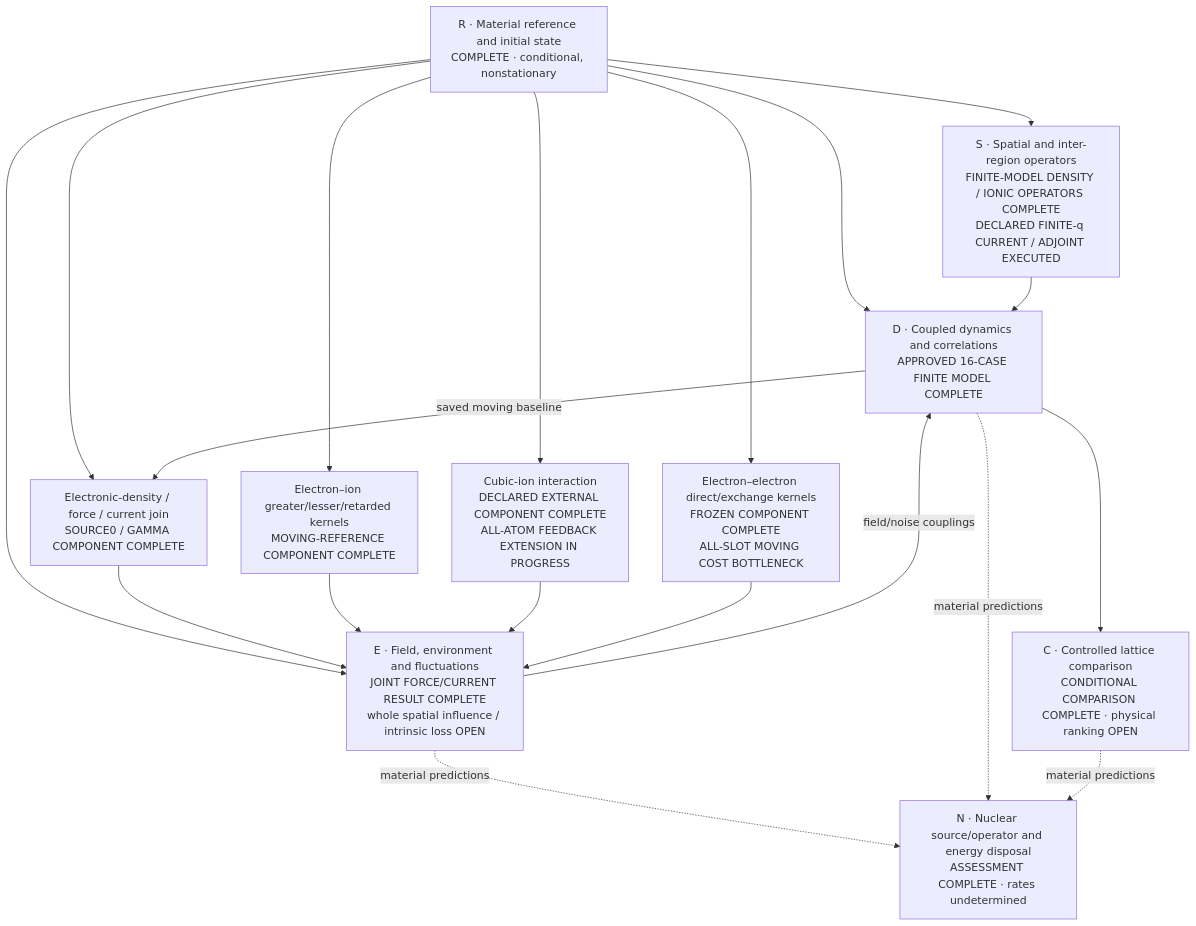
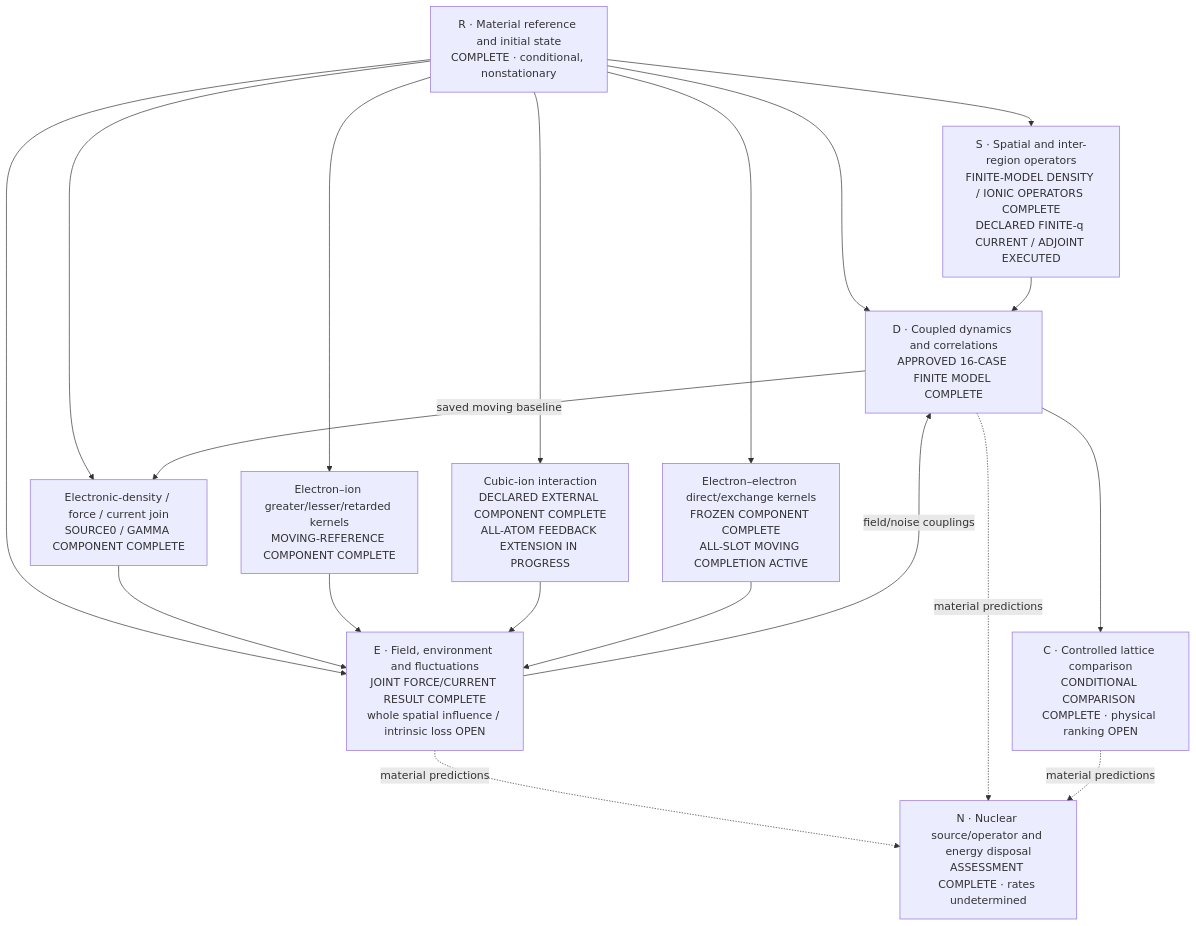
One commit to vantasnerdan/substrate-framework changed the diagram in proposals/P254-ni-collective-response/SOLUTION.md. Above: the diagram before and after it, drawn with Mermaid. The commit also changed other lines of this file, not shown here.

Commit message:
Refresh reviewed core map and actual completion allocations

````diff
--- a/proposals/P254-ni-collective-response/SOLUTION.md
+++ b/proposals/P254-ni-collective-response/SOLUTION.md
@@ -16,31 +16,31 @@
 ```mermaid
 flowchart TD
     R["R · Material reference and initial state\nCOMPLETE · conditional, nonstationary"]
     S["S · Spatial and inter-region operators\nFINITE-MODEL DENSITY / IONIC OPERATORS COMPLETE\nDECLARED FINITE-q CURRENT / ADJOINT EXECUTED"]
     E["E · Field, environment and fluctuations\nJOINT FORCE/CURRENT RESULT COMPLETE\nwhole spatial influence / intrinsic loss OPEN"]
     ED["Electronic-density / force / current join\nSOURCE0 / GAMMA COMPONENT COMPLETE"]
     EI["Electron–ion greater/lesser/retarded kernels\nMOVING-REFERENCE COMPONENT COMPLETE"]
     EA["Cubic-ion interaction\nDECLARED EXTERNAL COMPONENT COMPLETE\nALL-ATOM FEEDBACK EXTENSION IN PROGRESS"]
-    EE["Electron–electron direct/exchange kernels\nFROZEN COMPONENT COMPLETE\nALL-SLOT MOVING COST BOTTLENECK"]
+    EE["Electron–electron direct/exchange kernels\nFROZEN COMPONENT COMPLETE\nALL-SLOT MOVING COMPLETION ACTIVE"]
     D["D · Coupled dynamics and correlations\nAPPROVED 16-CASE FINITE MODEL COMPLETE"]
     C["C · Controlled lattice comparison\nCONDITIONAL COMPARISON COMPLETE · physical ranking OPEN"]
     N["N · Nuclear source/operator and energy disposal\nASSESSMENT COMPLETE · rates undetermined"]
     R --> S
     R --> E
     R --> ED
     R --> EI
     R --> EA
     R --> EE
     ED --> E
     EI --> E
     EA --> E
     EE --> E
     R --> D
     S --> D
     E -- "field/noise couplings" --> D
     D -- "saved moving baseline" --> ED
     D --> C
     E -. "material predictions" .-> N
     D -. "material predictions" .-> N
     C -. "material predictions" .-> N
 ```
````
